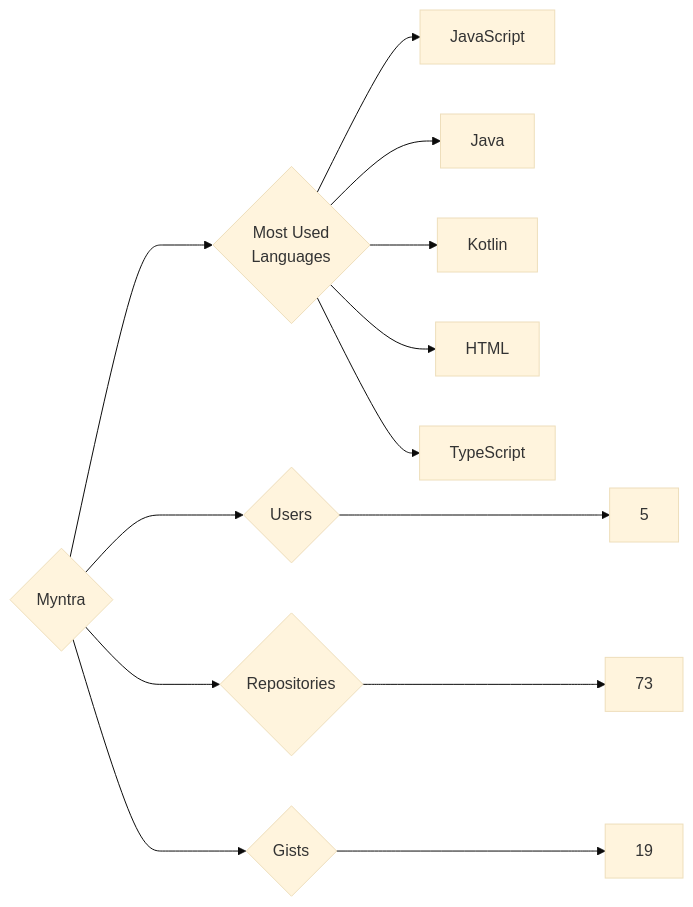
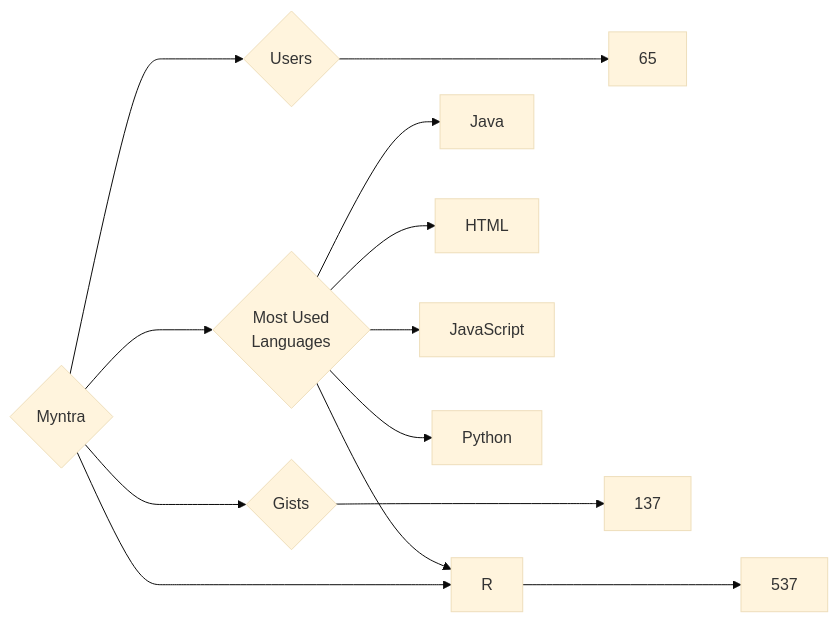
The diagram in targets/Myntra/README.md (trickest/insiders), drawn with Mermaid (base theme) before and after one commit. The commit also changed 877 other files, not shown here.

````diff
--- a/targets/Myntra/README.md
+++ b/targets/Myntra/README.md
@@ -3,13 +3,13 @@
 ```mermaid
 graph LR
 COMPANY_NAME{Myntra}
-COMPANY_NAME ---> U{Users} ---> UN[5]
-COMPANY_NAME ---> R{Repositories} ---> RN[73]
-COMPANY_NAME ---> G{Gists} ---> GN[19]
+COMPANY_NAME ---> U{Users} ---> UN[65]
+COMPANY_NAME ---> R{Repositories} ---> RN[537]
+COMPANY_NAME ---> G{Gists} ---> GN[137]
 COMPANY_NAME ---> ML{Most Used<br>Languages}
+ML --> Java[Java]
+ML --> HTML[HTML]
+ML --> R[R]
 ML --> JavaScript[JavaScript]
-ML --> Java[Java]
-ML --> Kotlin[Kotlin]
-ML --> HTML[HTML]
-ML --> TypeScript[TypeScript]
+ML --> Python[Python]
 ```
````
